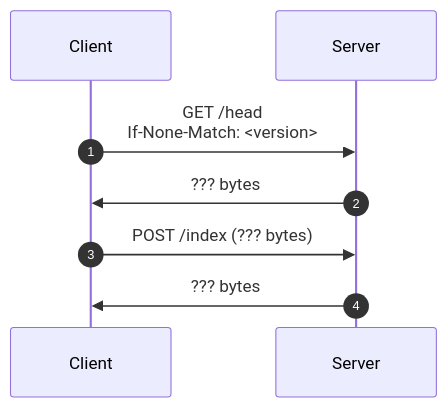
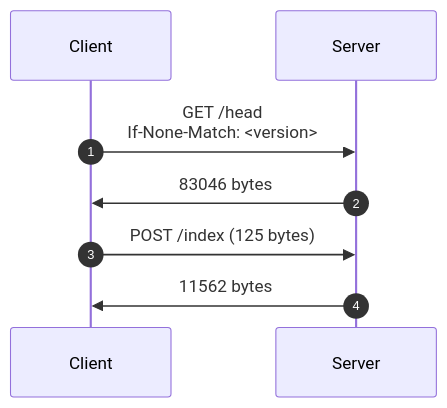
The third of 4 diagrams in PROPOSAL.md (bitmeta69/securedrop), drawn with Mermaid before and after one commit. The commit also changed other lines of this file, not shown here.

````diff
--- a/PROPOSAL.md
+++ b/PROPOSAL.md
@@ -110,13 +112,13 @@
 ```mermaid
 sequenceDiagram
 autonumber
 
 participant Client
 participant Server
 
 Client ->> Server: GET /head<br>If-None-Match: <version>
-Server ->> Client: ??? bytes
+Server ->> Client: 83046 bytes
 
-Client ->> Server: POST /index (??? bytes)
-Server ->> Client: ??? bytes
+Client ->> Server: POST /index (125 bytes)
+Server ->> Client: 11562 bytes
 ```
````
